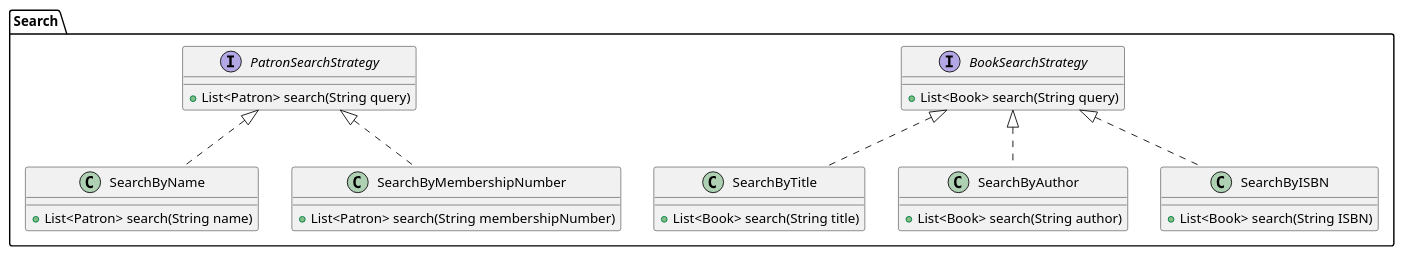
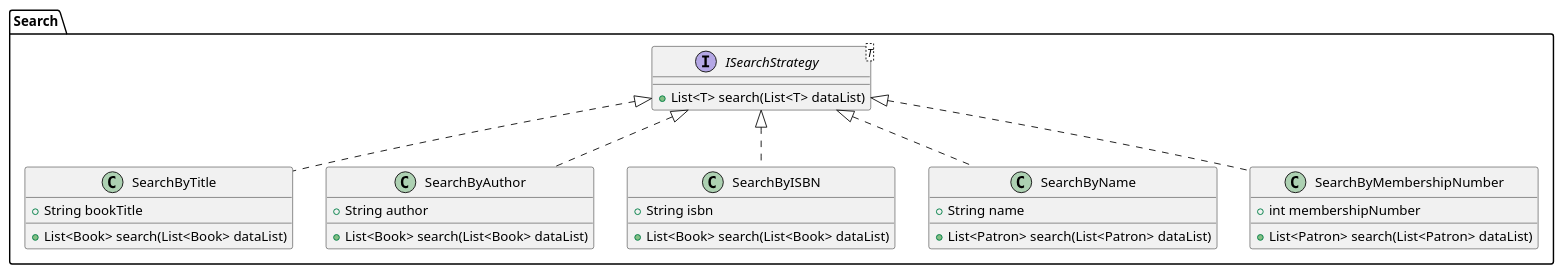
One commit to programacion-6/Opcion1LosCules changed the diagram in src/UML/Search.puml. Above: the diagram before and after it, drawn with PlantUML. The commit also changed 3 other files, not shown here.

```diff
--- a/src/UML/Search.puml
+++ b/src/UML/Search.puml
@@ -1,31 +1,32 @@
 @startuml Search
 package "Search" {
-    interface BookSearchStrategy {
-        +List<Book> search(String query)
+    interface ISearchStrategy<T> {
+        +List<T> search(List<T> dataList)
     }
 
-    class SearchByTitle implements BookSearchStrategy {
-        +List<Book> search(String title)
+    class SearchByTitle implements ISearchStrategy {
+        +String bookTitle
+        +List<Book> search(List<Book> dataList)
     }
 
-    class SearchByAuthor implements BookSearchStrategy {
-        +List<Book> search(String author)
+    class SearchByAuthor implements ISearchStrategy {
+        +String author
+        +List<Book> search(List<Book> dataList)
     }
 
-    class SearchByISBN implements BookSearchStrategy {
-        +List<Book> search(String ISBN)
+    class SearchByISBN implements ISearchStrategy {
+        +String isbn
+        +List<Book> search(List<Book> dataList)
     }
 
-    interface PatronSearchStrategy {
-        +List<Patron> search(String query)
+    class SearchByName implements ISearchStrategy {
+        +String name
+        +List<Patron> search(List<Patron> dataList)
     }
 
-    class SearchByName implements PatronSearchStrategy {
-        +List<Patron> search(String name)
-    }
-
-    class SearchByMembershipNumber implements PatronSearchStrategy {
-        +List<Patron> search(String membershipNumber)
+    class SearchByMembershipNumber implements ISearchStrategy {
+        +int membershipNumber
+        +List<Patron> search(List<Patron> dataList)
     }
 }
 @enduml
```
